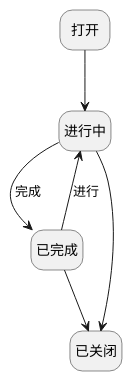
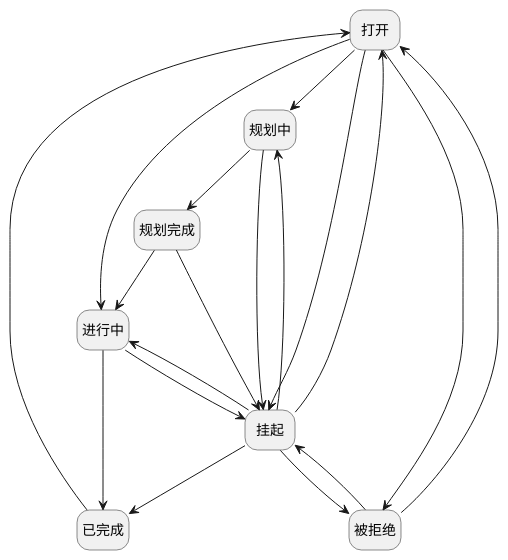
One commit to iBizLab/plm changed the diagram in doc/docsify/module/ProjMgmt/work_item/mslogic/scrum_feature.md. Above: the diagram before and after it, drawn with PlantUML. The commit also changed other lines of this file and 2688 other files, not shown here.

````diff
--- a/doc/docsify/module/ProjMgmt/work_item/mslogic/scrum_feature.md
+++ b/doc/docsify/module/ProjMgmt/work_item/mslogic/scrum_feature.md
@@ -7,25 +7,41 @@
 ```plantuml
 @startuml
 hide empty description
 <style>
 root {
   HyperlinkColor #42b983
 }
 </style>
 
 hide empty description
 state "打开" as MAINSTATE1  [[$./scrum_feature#mainstate1 {"打开"}]]
+state "规划中" as MAINSTATE5  [[$./scrum_feature#mainstate5 {"规划中"}]]
+state "规划完成" as MAINSTATE6  [[$./scrum_feature#mainstate6 {"规划完成"}]]
 state "进行中" as MAINSTATE2  [[$./scrum_feature#mainstate2 {"进行中"}]]
 state "已完成" as MAINSTATE3  [[$./scrum_feature#mainstate3 {"已完成"}]]
-state "已关闭" as MAINSTATE4  [[$./scrum_feature#mainstate4 {"已关闭"}]]
+state "挂起" as MAINSTATE4  [[$./scrum_feature#mainstate4 {"挂起"}]]
+state "被拒绝" as MAINSTATE7  [[$./scrum_feature#mainstate7 {"被拒绝"}]]
 
 
+MAINSTATE1 --> MAINSTATE5
+MAINSTATE5 --> MAINSTATE6
+MAINSTATE6 --> MAINSTATE2
+MAINSTATE2 --> MAINSTATE3
+MAINSTATE3 --> MAINSTATE1
+MAINSTATE2 --> MAINSTATE4
+MAINSTATE4 --> MAINSTATE7
+MAINSTATE7 --> MAINSTATE1
+MAINSTATE7 --> MAINSTATE4
+MAINSTATE4 --> MAINSTATE1
+MAINSTATE4 --> MAINSTATE5
+MAINSTATE4 --> MAINSTATE2
+MAINSTATE4 --> MAINSTATE3
+MAINSTATE6 --> MAINSTATE4
+MAINSTATE5 --> MAINSTATE4
+MAINSTATE1 --> MAINSTATE7
 MAINSTATE1 --> MAINSTATE2
-MAINSTATE2 --> MAINSTATE3 : 完成
-MAINSTATE3 --> MAINSTATE4
-MAINSTATE3 --> MAINSTATE2 : 进行
-MAINSTATE2 --> MAINSTATE4
+MAINSTATE1 --> MAINSTATE4
 
 
 @enduml
 ```
````
